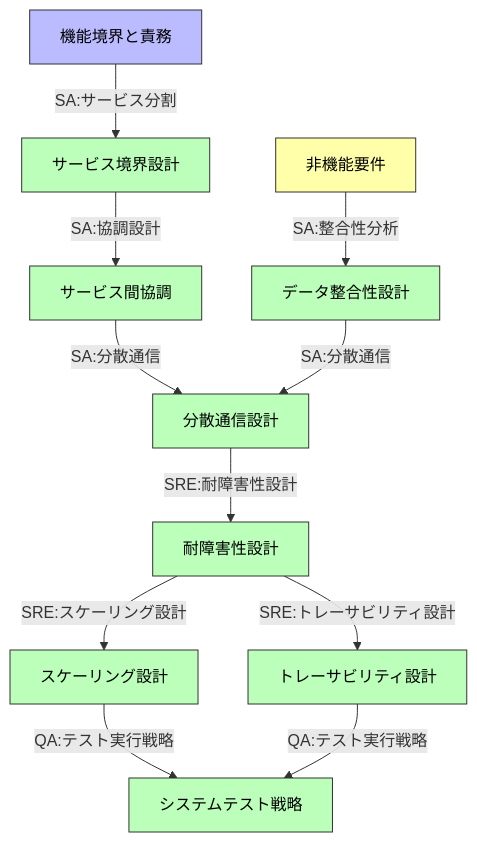
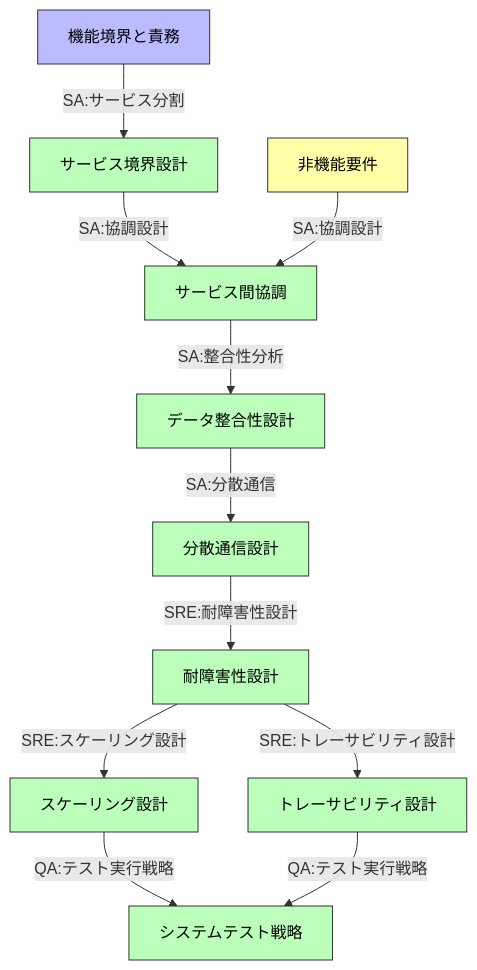
Before and after one commit to ikemo3/cogitoweave-doc: the sixth of 10 diagrams in docs/00-documents/kruchten-4plus1-view-analysis.md, drawn with Mermaid. The commit also changed other lines of this file and 195 other files, not shown here.

````diff
--- a/docs/00-documents/kruchten-4plus1-view-analysis.md
+++ b/docs/00-documents/kruchten-4plus1-view-analysis.md
@@ -159,29 +258,29 @@
 ```mermaid
 flowchart TB
 
     classDef processArtifact fill:#bfb,stroke:#333,stroke-width:1px,color:#000;
     classDef logicalInput fill:#bbf,stroke:#333,stroke-width:1px,color:#000;
     classDef constraintInput fill:#ffa,stroke:#333,stroke-width:1px,color:#000;
 
     %% Inputs from other views
     BoundaryInput[機能境界と責務]
     NFRInput[非機能要件]
 
     %% Inter-service design flow
     BoundaryInput -->|"SA:サービス分割"| ServiceBoundary[サービス境界設計]
     ServiceBoundary -->|"SA:協調設計"| ServiceCoordination[サービス間協調]
-    NFRInput -->|"SA:整合性分析"| DataConsistency[データ整合性設計]
-    ServiceCoordination -->|"SA:分散通信"| DistributedComm[分散通信設計]
-    DataConsistency -->|"SA:分散通信"| DistributedComm
+    NFRInput -->|"SA:協調設計"| ServiceCoordination
+    ServiceCoordination -->|"SA:整合性分析"| DataConsistency[データ整合性設計]
+    DataConsistency -->|"SA:分散通信"| DistributedComm[分散通信設計]
     DistributedComm -->|"SRE:耐障害性設計"| FaultTolerance[耐障害性設計]
     FaultTolerance -->|"SRE:スケーリング設計"| Scaling[スケーリング設計]
     FaultTolerance -->|"SRE:トレーサビリティ設計"| Traceability[トレーサビリティ設計]
 
     Scaling -->|"QA:テスト実行戦略"| TestStrategy[システムテスト戦略]
     Traceability -->|"QA:テスト実行戦略"| TestStrategy
 
     %% スタイル適用
     class BoundaryInput logicalInput;
     class NFRInput constraintInput;
     class ServiceBoundary,ServiceCoordination,DataConsistency,DistributedComm,FaultTolerance,Scaling,Traceability,TestStrategy processArtifact;
 ```
````
